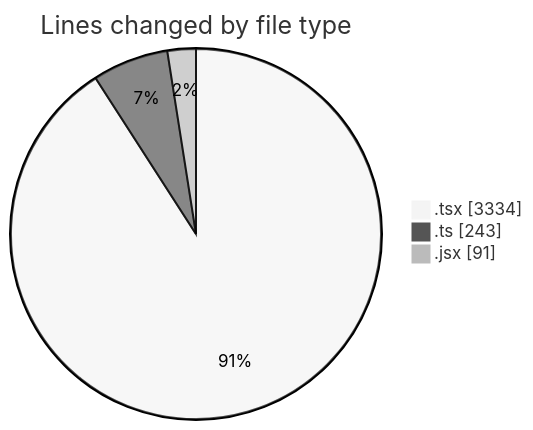
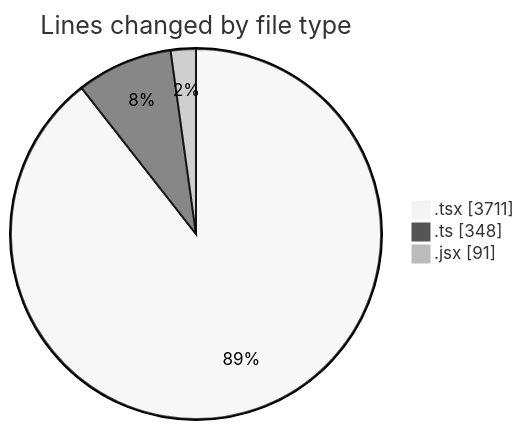
Before and after one commit to momahboobian/code-tracking: the first of 2 diagrams in 2026-04-27/cda/README.md, drawn with Mermaid (neutral theme). The commit also changed other lines of this file and 1 other file, not shown here.

````diff
--- a/2026-04-27/cda/README.md
+++ b/2026-04-27/cda/README.md
@@ -31,7 +35,7 @@
 ```mermaid
 pie showData
 title Lines changed by file type
-".tsx" : 3334
-".ts" : 243
+".tsx" : 3711
+".ts" : 348
 ".jsx" : 91
 ```
````
